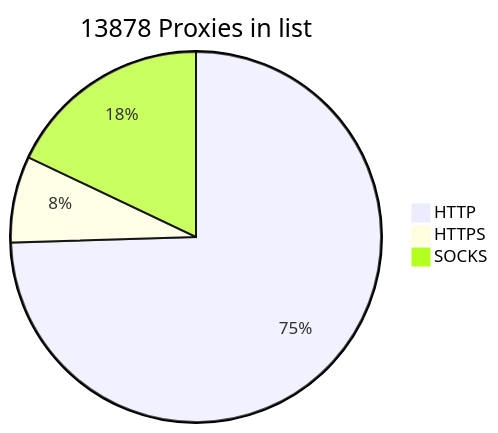
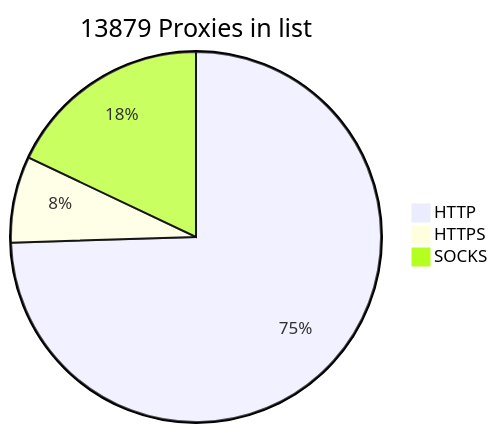
One commit to BlackSnowDot/proxylist-update-every-minute changed the diagram in README.md. Above: the diagram before and after it, drawn with Mermaid.

````diff
--- a/README.md
+++ b/README.md
@@ -2,6 +2,6 @@
 ```mermaid
-pie title 13878 Proxies in list
+pie title 13879 Proxies in list
     "HTTP" : 10536
     "HTTPS": 1066
-    "SOCKS" : 2537
+    "SOCKS" : 2538
 ```
````
